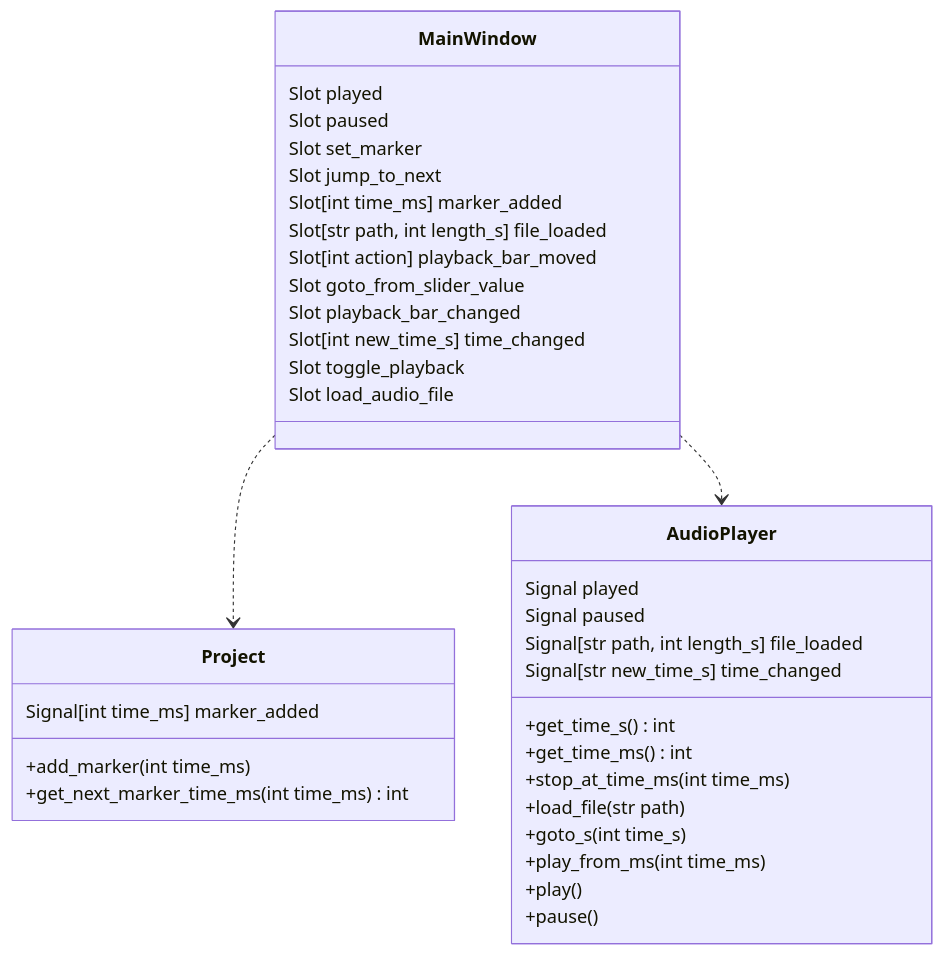
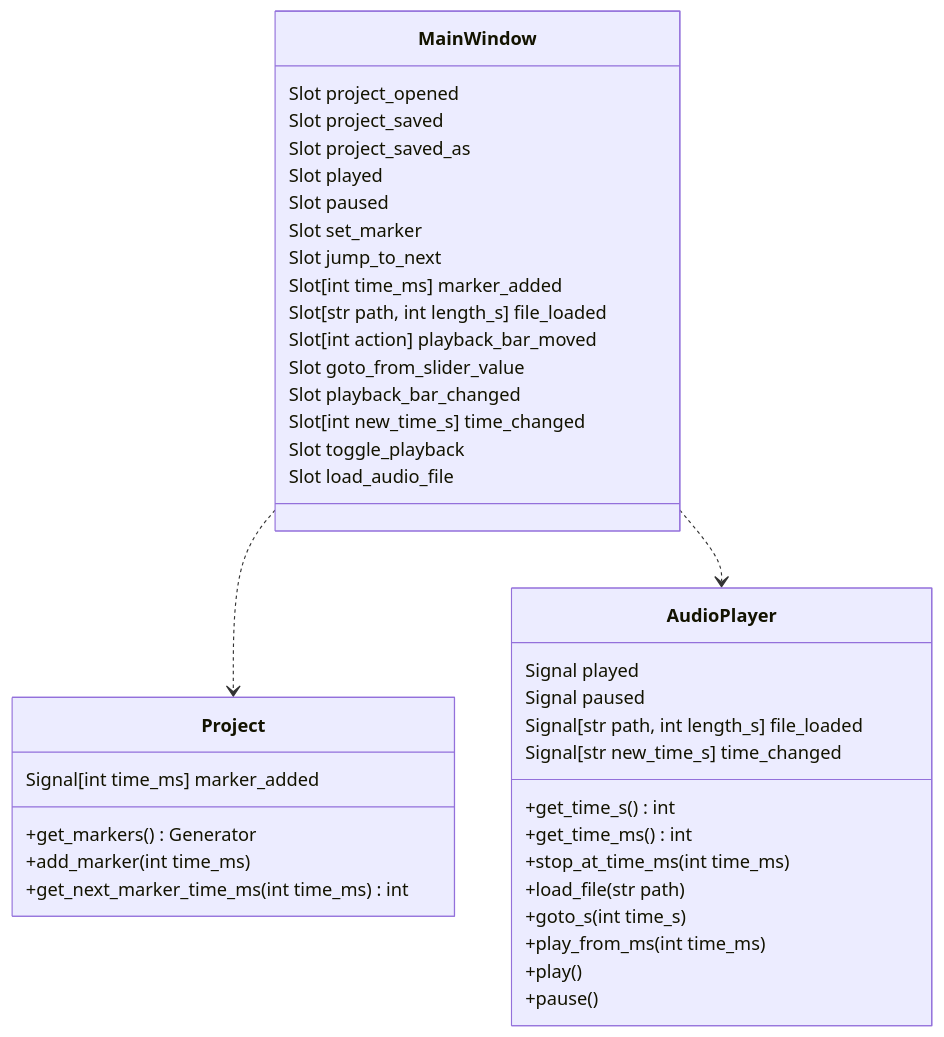
Before and after one commit to fallmx/ot-harjoitustyo: the first of 2 diagrams in dokumentaatio/arkkitehtuuri.md, drawn with Mermaid. The commit also changed other lines of this file, not shown here.

````diff
--- a/dokumentaatio/arkkitehtuuri.md
+++ b/dokumentaatio/arkkitehtuuri.md
@@ -3,38 +8,42 @@
 ```mermaid
 classDiagram
     MainWindow..>Project
     MainWindow..>AudioPlayer
     class MainWindow{
+        Slot project_opened
+        Slot project_saved
+        Slot project_saved_as
         Slot played
         Slot paused
         Slot set_marker
         Slot jump_to_next
         Slot[int time_ms] marker_added
         Slot[str path, int length_s] file_loaded
         Slot[int action] playback_bar_moved
         Slot goto_from_slider_value
         Slot playback_bar_changed
         Slot[int new_time_s] time_changed
         Slot toggle_playback
         Slot load_audio_file
     }
     class Project{
         Signal[int time_ms] marker_added
+        +get_markers() Generator
         +add_marker(int time_ms)
         +get_next_marker_time_ms(int time_ms) int
     }
     class AudioPlayer{
         Signal played
         Signal paused
         Signal[str path, int length_s] file_loaded
         Signal[str new_time_s] time_changed
         +get_time_s() int
         +get_time_ms() int
         +stop_at_time_ms(int time_ms)
         +load_file(str path)
         +goto_s(int time_s)
         +play_from_ms(int time_ms)
         +play()
         +pause()
     }
 ```
````
